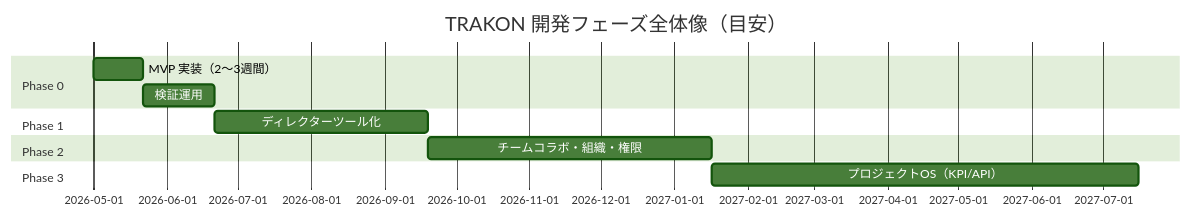
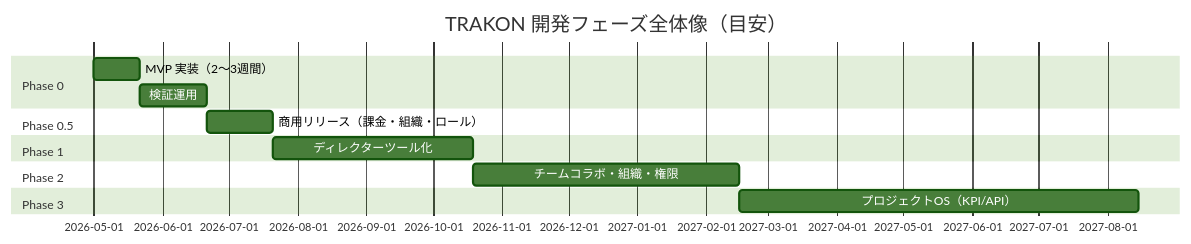
One commit to OSA-OSAMARU/trakon-app changed diagram 17 of 18 in docs/prd/trakon-prd.md. Above: the diagram before and after it, drawn with Mermaid (forest theme). The commit also changed other lines of this file and 9 other files, not shown here.

````diff
--- a/docs/prd/trakon-prd.md
+++ b/docs/prd/trakon-prd.md
@@ -1895,14 +2170,16 @@
 ```mermaid
 gantt
     dateFormat  YYYY-MM-DD
     title TRAKON 開発フェーズ全体像（目安）
     section Phase 0
     MVP 実装（2〜3週間）        :a1, 2026-05-01, 21d
     検証運用                   :a2, after a1, 30d
+    section Phase 0.5
+    商用リリース（課金・組織・ロール） :a3, after a2, 30d
     section Phase 1
-    ディレクターツール化        :b1, after a2, 90d
+    ディレクターツール化        :b1, after a3, 90d
     section Phase 2
     チームコラボ・組織・権限    :c1, after b1, 120d
     section Phase 3
     プロジェクトOS（KPI/API）   :d1, after c1, 180d
 ```
````
